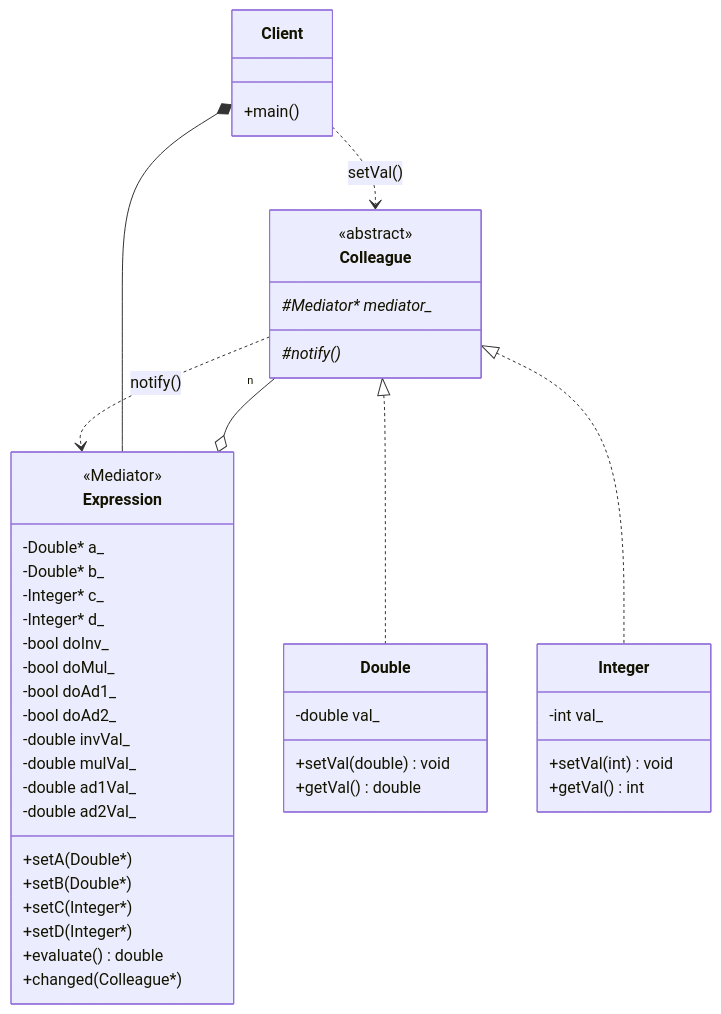
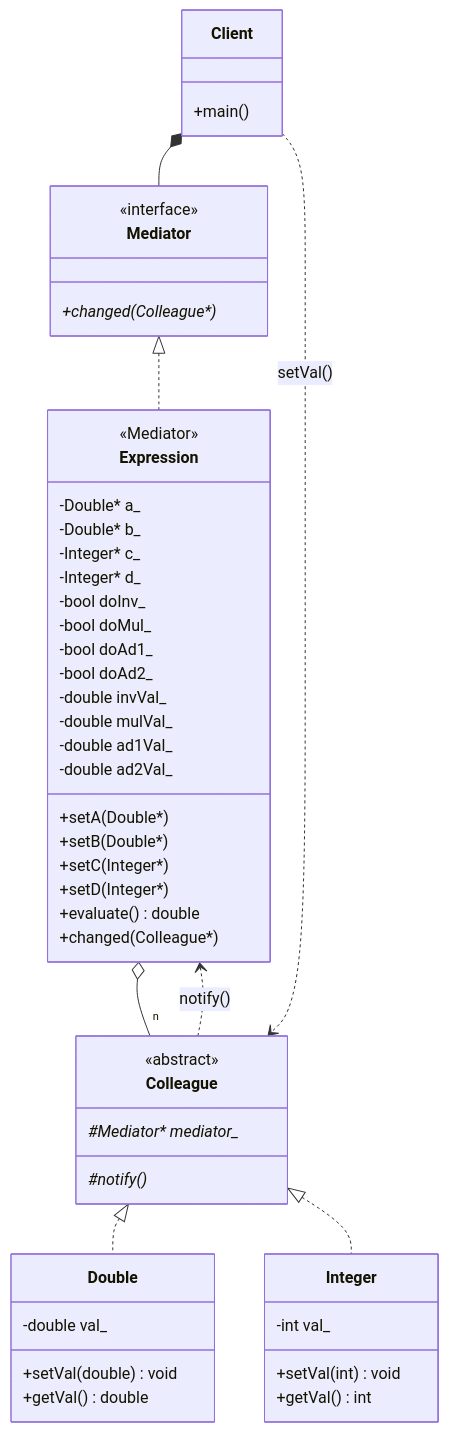
The diagram in 22_Mediator/README.md (Cichlidfishexigency721/Modern-CPP-Design-Patterns), drawn with Mermaid before and after one commit. The commit also changed 1 other file, not shown here.

Commit message:
Improvement in UML

````diff
--- a/22_Mediator/README.md
+++ b/22_Mediator/README.md
@@ -50,73 +50,73 @@
 ```mermaid
 classDiagram
-   %% class Mediator {
-   %%    <<interface>>
-   %%    +changed(Colleague*)*
-   %% }
+   class Mediator {
+      <<interface>>
+      +changed(Colleague*)*
+   }
 
    class Colleague {
       <<abstract>>
       #Mediator* mediator_*
       #notify()*
    }
 
    class Double {
       -double val_
       +setVal(double) void
       +getVal() double
    }
 
    class Integer {
       -int val_
       +setVal(int) void
       +getVal() int
    }
 
    class Expression {
       <<Mediator>>
       -Double* a_
       -Double* b_
       -Integer* c_
       -Integer* d_
       -bool doInv_
       -bool doMul_
       -bool doAd1_
       -bool doAd2_
       -double invVal_
       -double mulVal_
       -double ad1Val_
       -double ad2Val_
       +setA(Double*)
       +setB(Double*)
       +setC(Integer*)
       +setD(Integer*)
       +evaluate() double
       +changed(Colleague*)
    }
 
    class Client {
       +main()
    }
 
    %% Notify
    %%Double ..> Expression : notify()
    %%Integer ..> Expression : notify()
    Colleague ..> Expression : notify()
 
    %% Inheritance (Implements)
-   %%Mediator <|.. Expression
+   Mediator <|.. Expression
    Colleague <|.. Double
    Colleague <|.. Integer
 
    %% Composition (Has_a)
    %%Colleague o-- Mediator : mediator_
    Expression o-- "n" Colleague
    %%Expression *-- "2" Double : a_,b_
    %%Expression *-- "2" Integer : c_,d_
 
    %% Composition (Has a)
-   Client *-- Expression
+   Client *-- Mediator
    %%Client ..> Double : setVal()
    %%Client ..> Integer : setVal()
    Client ..> Colleague : setVal()
 ```
````
